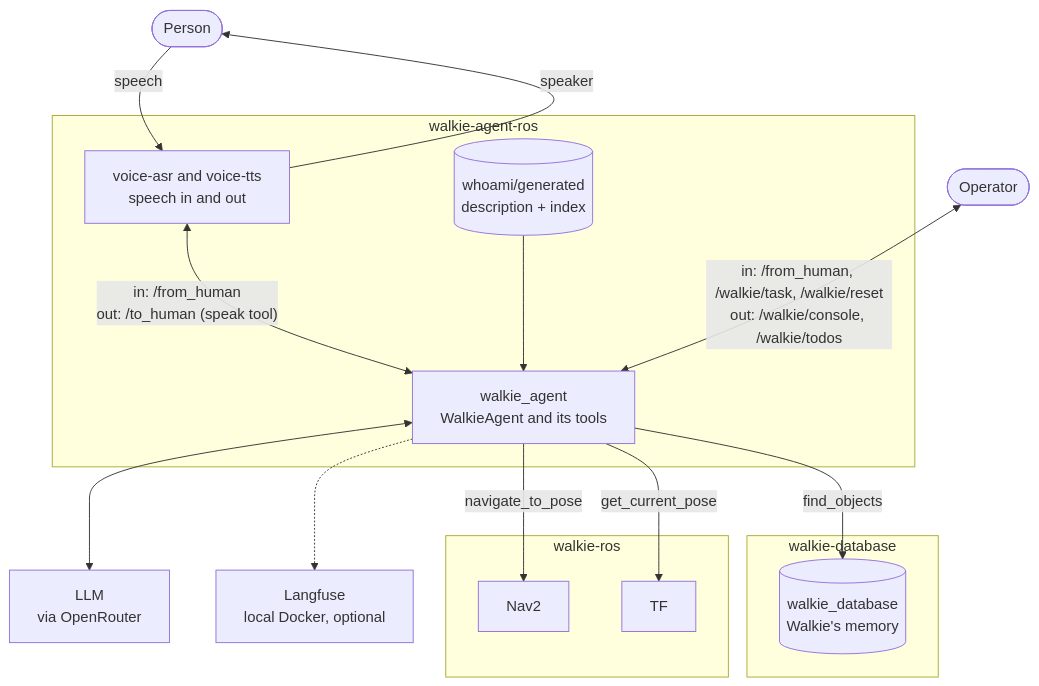
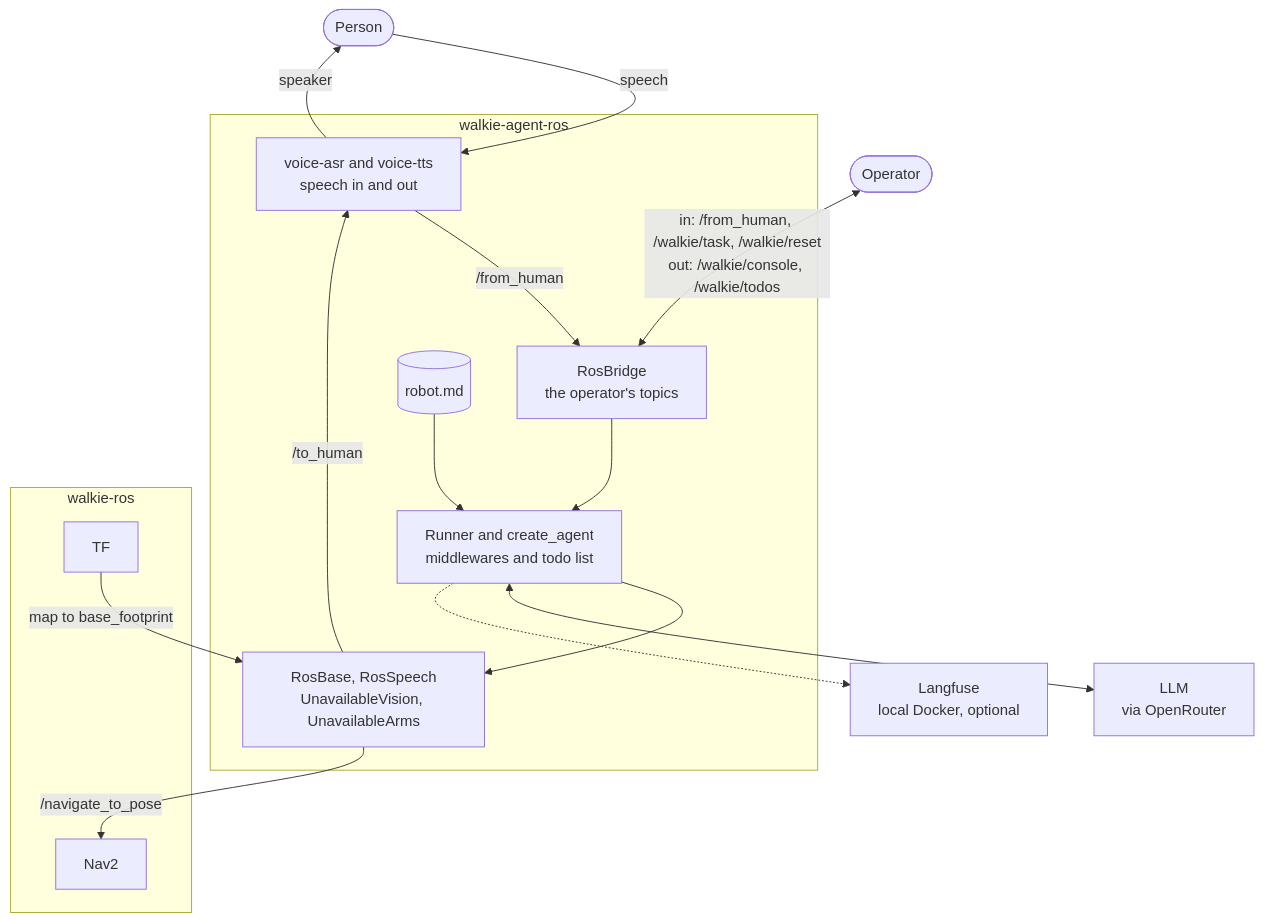
The first of 4 diagrams in docs/architecture/agent.md (EIC-Robocup-2026/walkie-agent-ros), drawn with Mermaid before and after one commit. The commit also changed other lines of this file and 1 other file, not shown here.

Commit message:
docs: describe the assembled agent, its ROS wrappers and the limits of the evidence

````diff
--- a/docs/architecture/agent.md
+++ b/docs/architecture/agent.md
@@ -63,34 +90,34 @@
 ```mermaid
 flowchart TB
   person([Person])
   operator([Operator])
 
   subgraph agent_repo["walkie-agent-ros"]
     voice["voice-asr and voice-tts<br/>speech in and out"]
-    agent["walkie_agent<br/>WalkieAgent and its tools"]
-    whoami[("whoami/generated<br/>description + index")]
+    bridge["RosBridge<br/>the operator's topics"]
+    runner["Runner and create_agent<br/>middlewares and todo list"]
+    verbs["RosBase, RosSpeech<br/>UnavailableVision, UnavailableArms"]
+    robotmd[("robot.md")]
   end
 
   llm["LLM<br/>via OpenRouter"]
   langfuse["Langfuse<br/>local Docker, optional"]
 
   subgraph robot["walkie-ros"]
     nav2["Nav2"]
     tf["TF"]
   end
 
-  subgraph memory["walkie-database"]
-    db[("walkie_database<br/>Walkie's memory")]
-  end
-
   person -- speech --> voice
   voice -- speaker --> person
-  voice <-- "in: /from_human<br/>out: /to_human (speak tool)" --> agent
-  operator <-- "in: /from_human, /walkie/task, /walkie/reset<br/>out: /walkie/console, /walkie/todos" --> agent
-  whoami --> agent
-  agent <--> llm
-  agent -.-> langfuse
-  agent -- "navigate_to_pose" --> nav2
-  agent -- "get_current_pose" --> tf
-  agent -- "find_objects" --> db
+  voice -- "/from_human" --> bridge
+  verbs -- "/to_human" --> voice
+  operator <-- "in: /from_human, /walkie/task, /walkie/reset<br/>out: /walkie/console, /walkie/todos" --> bridge
+  bridge --> runner
+  runner --> verbs
+  robotmd --> runner
+  runner <--> llm
+  runner -.-> langfuse
+  verbs -- "/navigate_to_pose" --> nav2
+  tf -- "map to base_footprint" --> verbs
 ```
````
